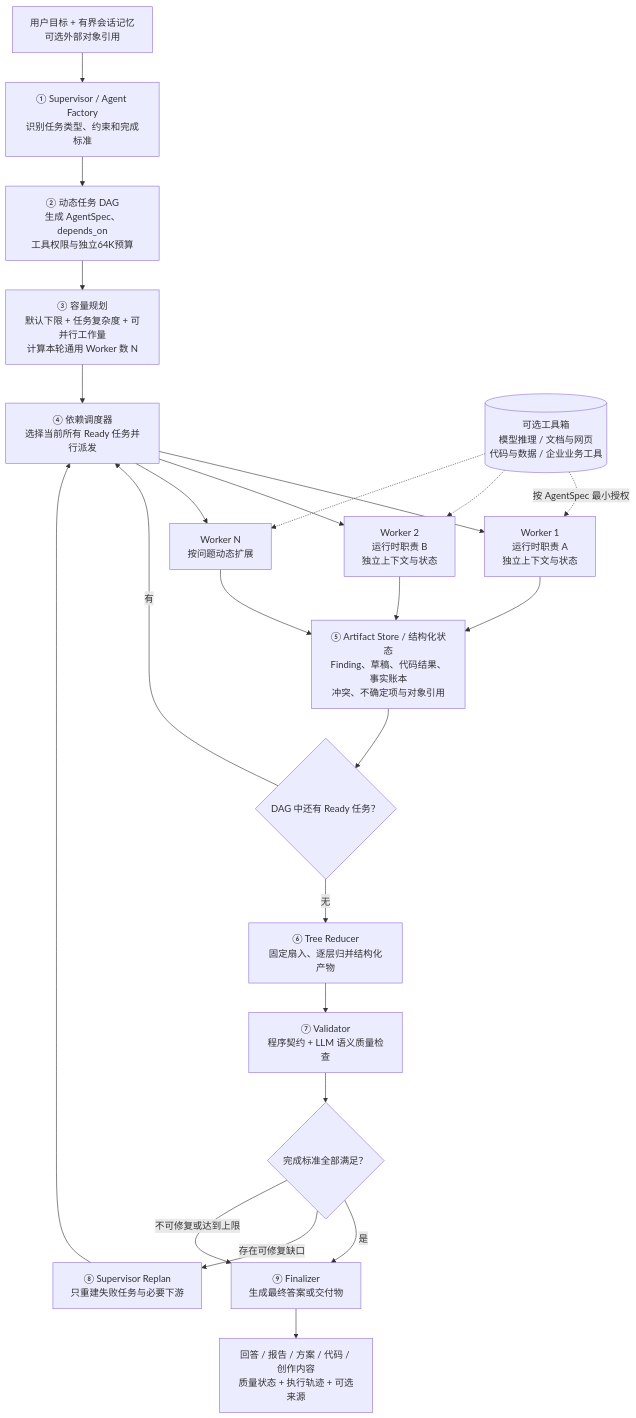
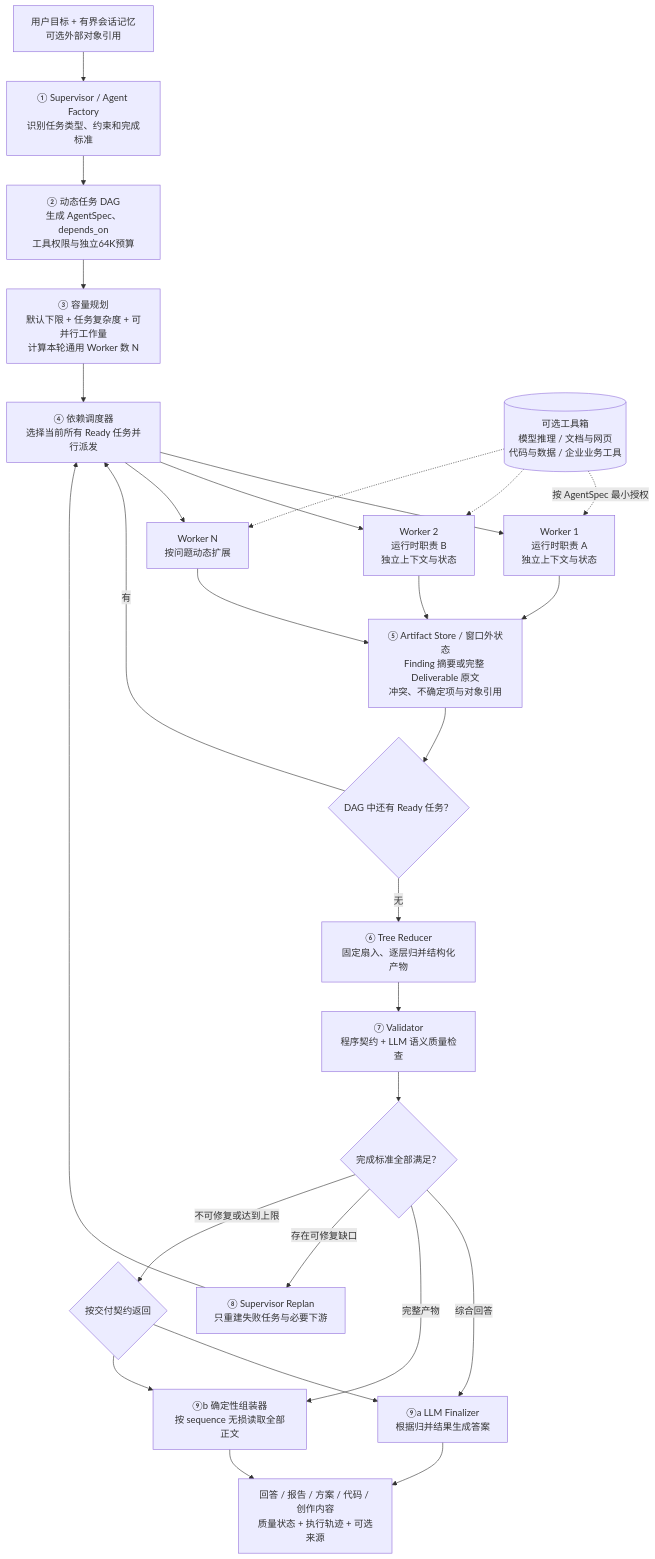
Before and after one commit to chilingche1111-blip/Muti-agent: the first of 2 diagrams in README.md, drawn with Mermaid. The commit also changed other lines of this file and 9 other files, not shown here.

````diff
--- a/README.md
+++ b/README.md
@@ -113,31 +113,35 @@
 ```mermaid
 flowchart TB
     INPUT["用户目标 + 有界会话记忆<br/>可选外部对象引用"] --> S["① Supervisor / Agent Factory<br/>识别任务类型、约束和完成标准"]
     S --> DAG["② 动态任务 DAG<br/>生成 AgentSpec、depends_on<br/>工具权限与独立64K预算"]
     DAG --> CAP["③ 容量规划<br/>默认下限 + 任务复杂度 + 可并行工作量<br/>计算本轮通用 Worker 数 N"]
     CAP --> READY["④ 依赖调度器<br/>选择当前所有 Ready 任务并行派发"]
 
     READY --> W1["Worker 1<br/>运行时职责 A<br/>独立上下文与状态"]
     READY --> W2["Worker 2<br/>运行时职责 B<br/>独立上下文与状态"]
     READY --> WN["Worker N<br/>按问题动态扩展"]
 
     TOOLBOX[("可选工具箱<br/>模型推理 / 文档与网页<br/>代码与数据 / 企业业务工具")] -. "按 AgentSpec 最小授权" .-> W1
     TOOLBOX -.-> W2
     TOOLBOX -.-> WN
 
-    W1 --> STORE["⑤ Artifact Store / 结构化状态<br/>Finding、草稿、代码结果、事实账本<br/>冲突、不确定项与对象引用"]
+    W1 --> STORE["⑤ Artifact Store / 窗口外状态<br/>Finding 摘要或完整 Deliverable 原文<br/>冲突、不确定项与对象引用"]
     W2 --> STORE
     WN --> STORE
     STORE --> MORE{"DAG 中还有 Ready 任务？"}
     MORE -->|"有"| READY
     MORE -->|"无"| R["⑥ Tree Reducer<br/>固定扇入、逐层归并结构化产物"]
     R --> V["⑦ Validator<br/>程序契约 + LLM 语义质量检查"]
     V --> G{"完成标准全部满足？"}
 
-    G -->|"是"| F["⑨ Finalizer<br/>生成最终答案或交付物"]
+    G -->|"综合回答"| F["⑨a LLM Finalizer<br/>根据归并结果生成答案"]
+    G -->|"完整产物"| A["⑨b 确定性组装器<br/>按 sequence 无损读取全部正文"]
     G -->|"存在可修复缺口"| RP["⑧ Supervisor Replan<br/>只重建失败任务与必要下游"]
     RP --> READY
-    G -->|"不可修复或达到上限"| F
+    G -->|"不可修复或达到上限"| ROUTE{"按交付契约返回"}
+    ROUTE --> F
+    ROUTE --> A
 
     F --> OUTPUT["回答 / 报告 / 方案 / 代码 / 创作内容<br/>质量状态 + 执行轨迹 + 可选来源"]
+    A --> OUTPUT
 ```
````
